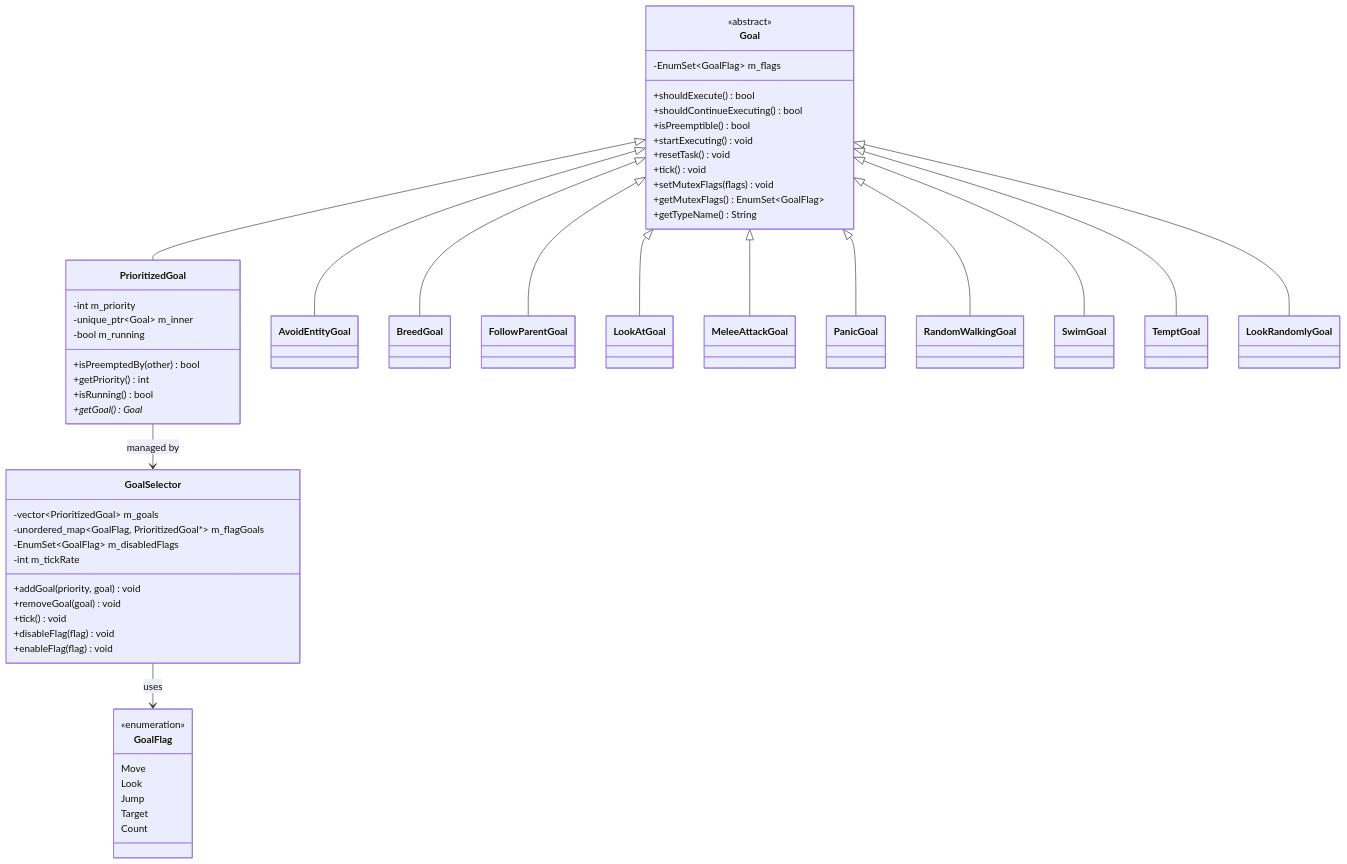
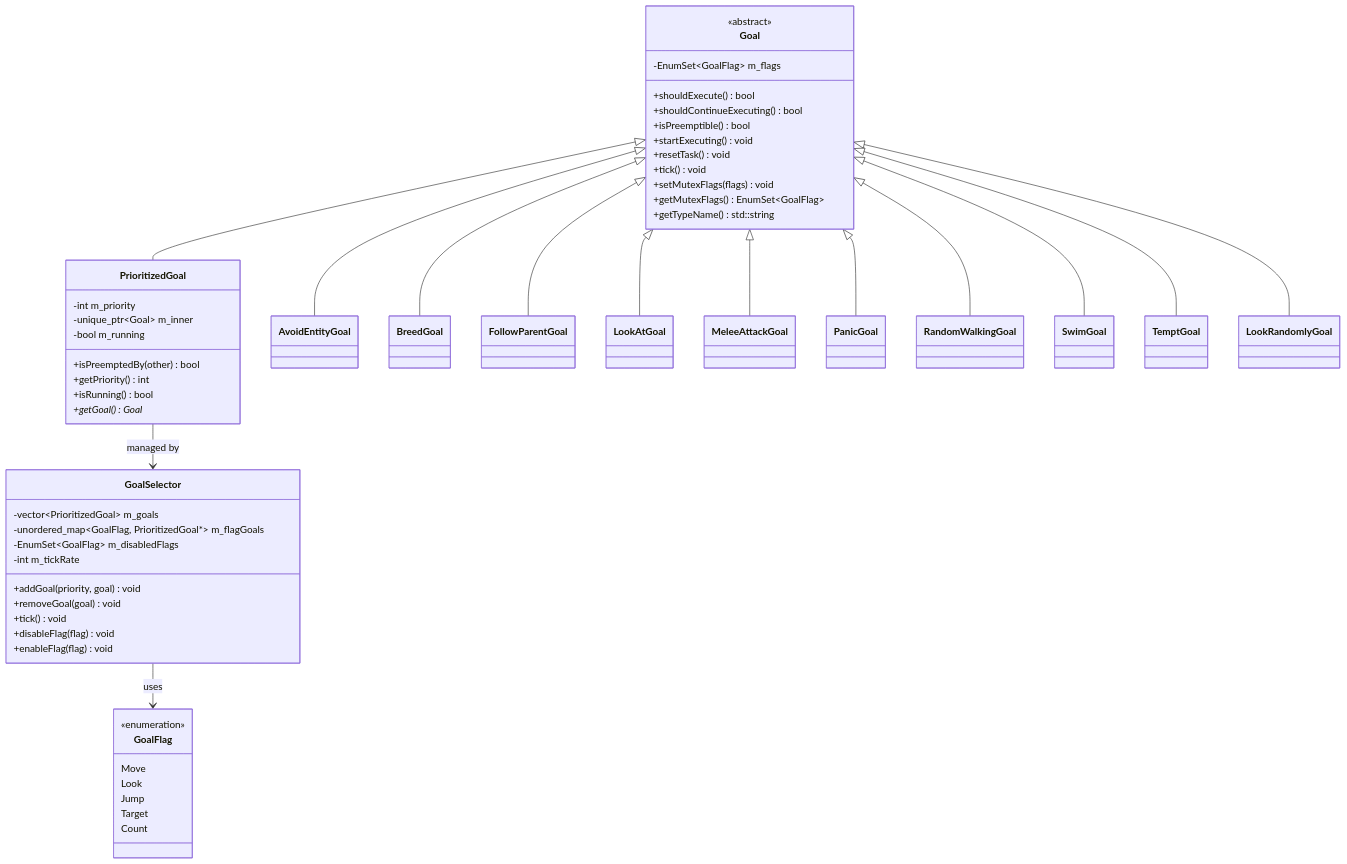
The third of 4 diagrams in src/common/entity/ai/goal/README.md (g122622/Cubium), drawn with Mermaid before and after one commit. The commit also changed other lines of this file and 823 other files, not shown here.

````diff
--- a/src/common/entity/ai/goal/README.md
+++ b/src/common/entity/ai/goal/README.md
@@ -760,62 +760,62 @@
 ```mermaid
 classDiagram
     class Goal {
         <<abstract>>
         -EnumSet~GoalFlag~ m_flags
         +shouldExecute() bool
         +shouldContinueExecuting() bool
         +isPreemptible() bool
         +startExecuting() void
         +resetTask() void
         +tick() void
         +setMutexFlags(flags) void
         +getMutexFlags() EnumSet~GoalFlag~
-        +getTypeName() String
+        +getTypeName() std::string
     }
 
     class PrioritizedGoal {
         -int m_priority
         -unique_ptr~Goal~ m_inner
         -bool m_running
         +isPreemptedBy(other) bool
         +getPriority() int
         +isRunning() bool
         +getGoal() Goal*
     }
 
     class GoalSelector {
         -vector~PrioritizedGoal~ m_goals
         -unordered_map~GoalFlag, PrioritizedGoal*~ m_flagGoals
         -EnumSet~GoalFlag~ m_disabledFlags
         -int m_tickRate
         +addGoal(priority, goal) void
         +removeGoal(goal) void
         +tick() void
         +disableFlag(flag) void
         +enableFlag(flag) void
     }
 
     class GoalFlag {
         <<enumeration>>
         Move
         Look
         Jump
         Target
         Count
     }
 
     Goal <|-- PrioritizedGoal
     PrioritizedGoal --> GoalSelector : managed by
     GoalSelector --> GoalFlag : uses
 
     Goal <|-- AvoidEntityGoal
     Goal <|-- BreedGoal
     Goal <|-- FollowParentGoal
     Goal <|-- LookAtGoal
     Goal <|-- MeleeAttackGoal
     Goal <|-- PanicGoal
     Goal <|-- RandomWalkingGoal
     Goal <|-- SwimGoal
     Goal <|-- TemptGoal
     Goal <|-- LookRandomlyGoal
 ```
````
